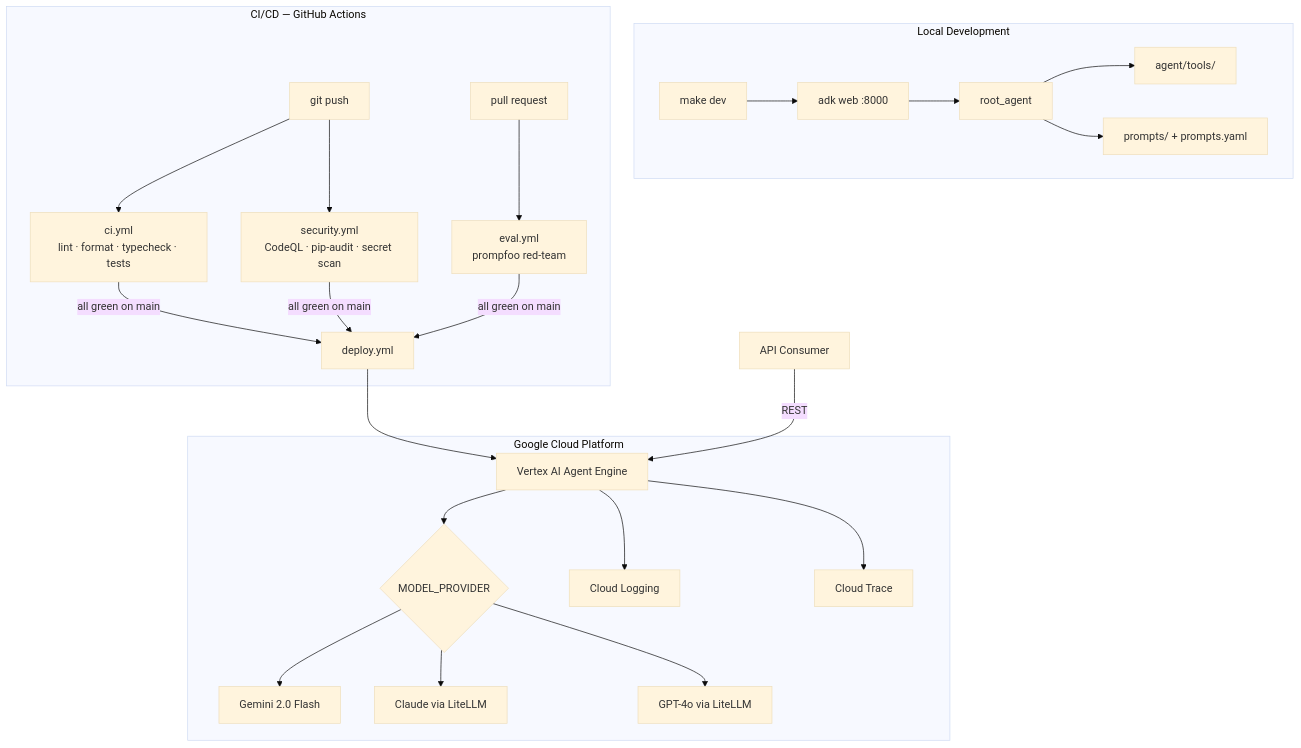
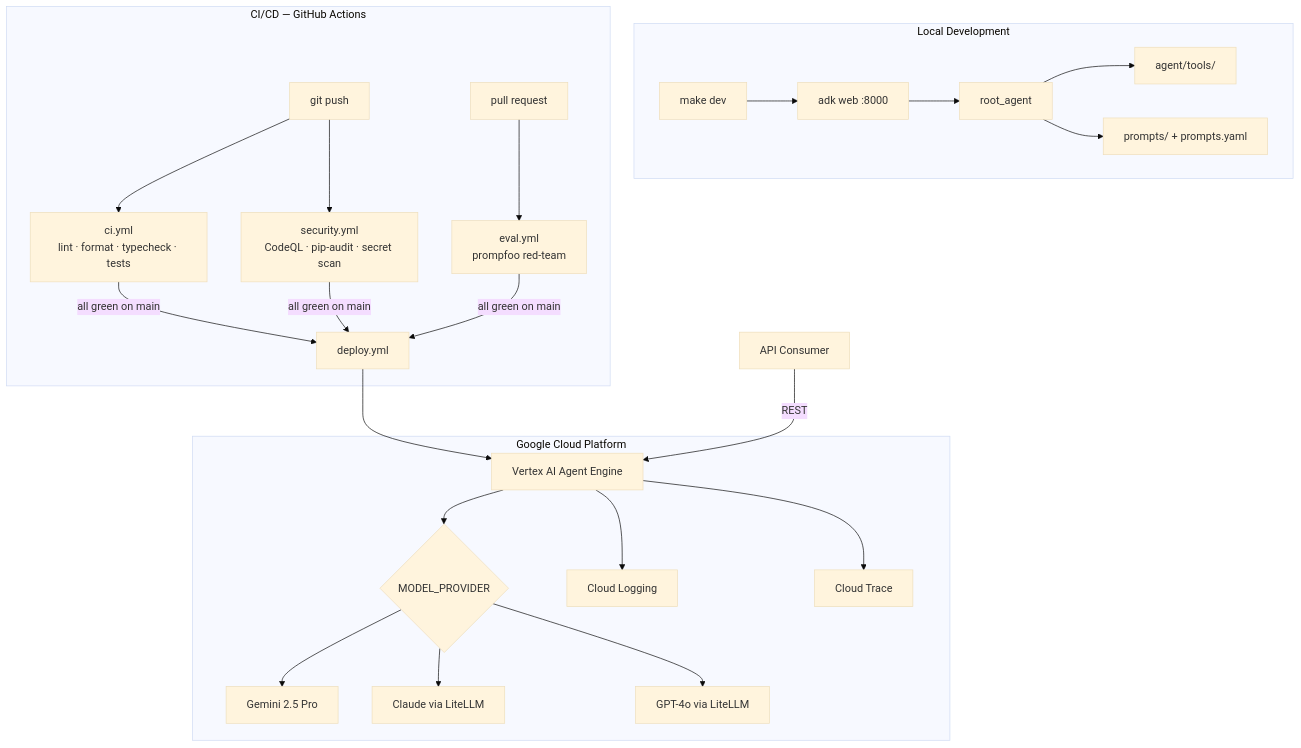
The diagram in {{cookiecutter.project_slug}}/README.md (danielvogler/agent-deployment-template), drawn with Mermaid (base theme) before and after one commit. The commit also changed other lines of this file and 15 other files, not shown here.

````diff
--- a/{{cookiecutter.project_slug}}/README.md
+++ b/{{cookiecutter.project_slug}}/README.md
@@ -9,28 +9,28 @@
 ```mermaid
 flowchart TD
     subgraph local["Local Development"]
         DEV[make dev] --> ADK[adk web :8000]
         ADK --> ROOT[root_agent]
         ROOT --> TOOLS[agent/tools/]
         ROOT --> PROMPTS[prompts/ + prompts.yaml]
     end
 
     subgraph ci["CI/CD — GitHub Actions"]
         PUSH[git push] --> CI[ci.yml\nlint · format · typecheck · tests]
         PUSH --> SEC[security.yml\nCodeQL · pip-audit · secret scan]
         PR[pull request] --> EVAL[eval.yml\nprompfoo red-team]
         CI & SEC & EVAL -->|all green on main| DEPLOY[deploy.yml]
     end
 
     subgraph gcp["Google Cloud Platform"]
         DEPLOY --> ENGINE[Vertex AI Agent Engine]
         ENGINE --> MODEL{MODEL_PROVIDER}
-        MODEL --> G[Gemini 2.0 Flash]
+        MODEL --> G[Gemini 2.5 Pro]
         MODEL --> CL[Claude via LiteLLM]
         MODEL --> OAI[GPT-4o via LiteLLM]
         ENGINE --> LOG[Cloud Logging]
         ENGINE --> TRACE[Cloud Trace]
     end
 
     CLIENT[API Consumer] -->|REST| ENGINE
 ```
````
